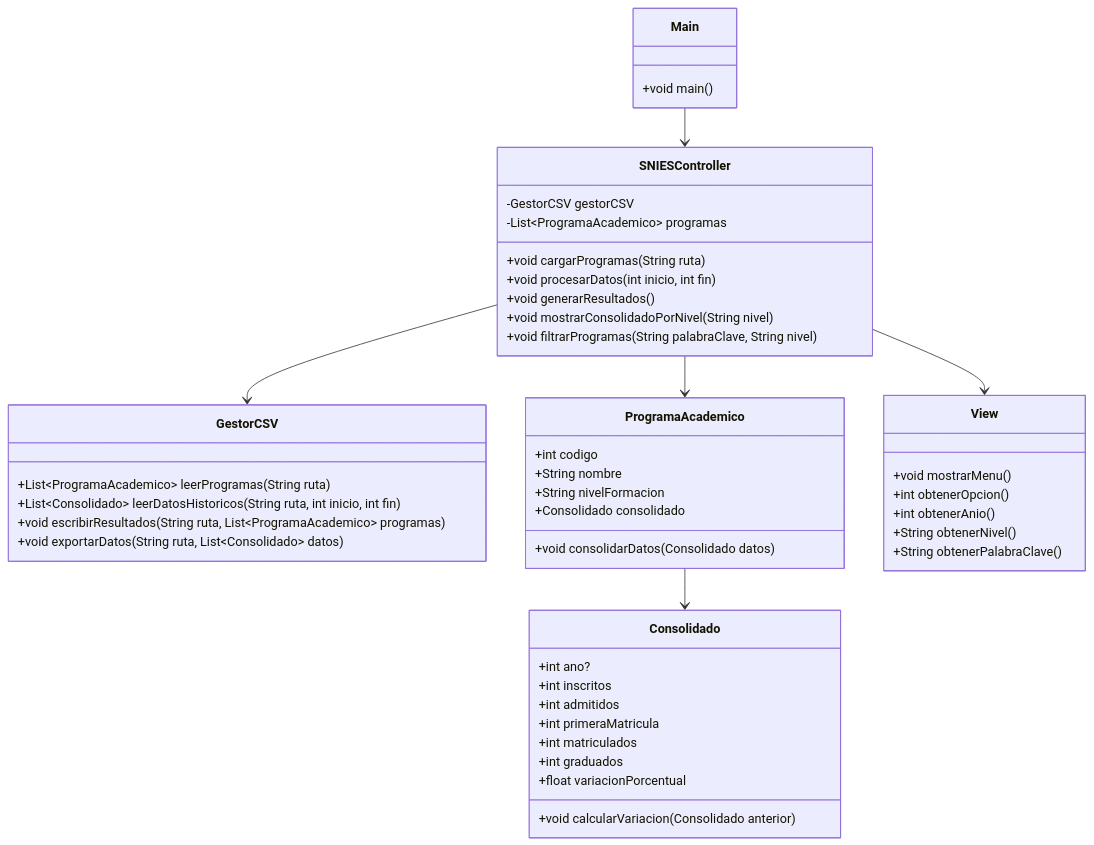
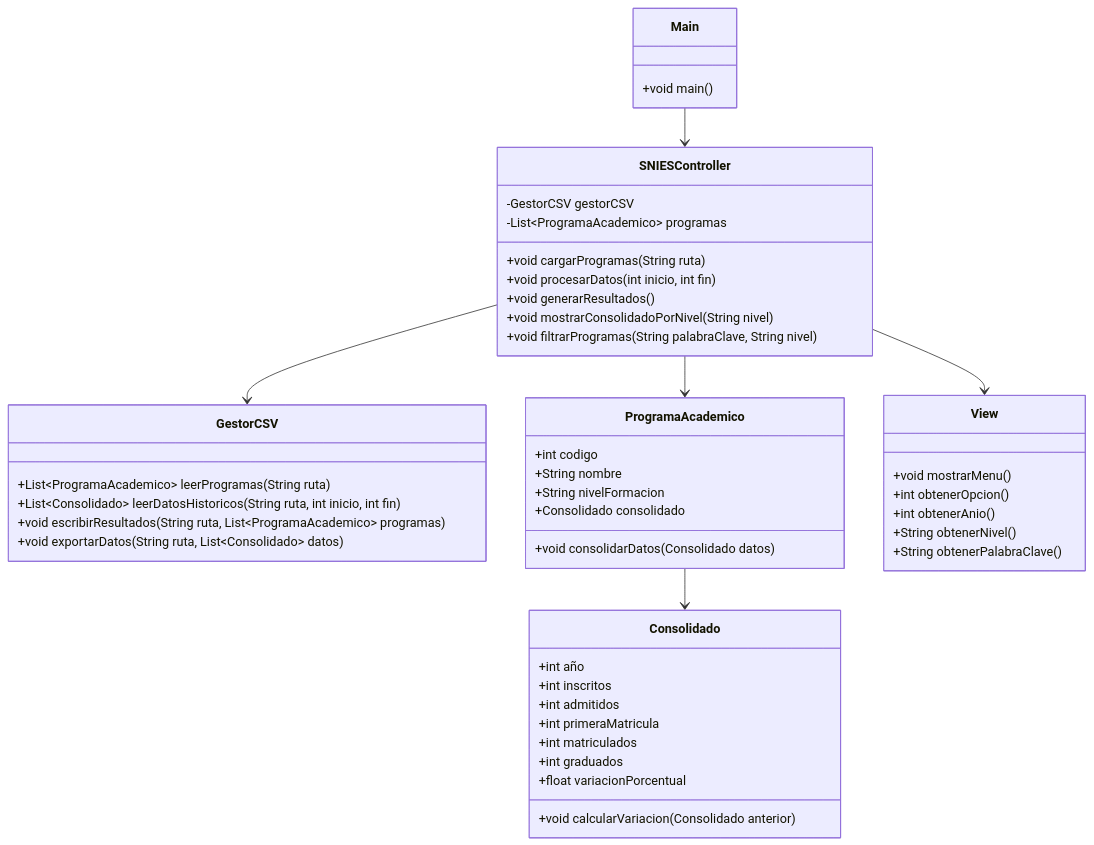
One commit to dacru0605/hola changed the diagram in prueba.mmd. Above: the diagram before and after it, drawn with Mermaid.

```diff
--- a/prueba.mmd
+++ b/prueba.mmd
@@ -1,54 +1,54 @@
 classDiagram
     class Main {
         +void main()
     }
 
     class SNIESController {
         -GestorCSV gestorCSV
         -List~ProgramaAcademico~ programas
         +void cargarProgramas(String ruta)
         +void procesarDatos(int inicio, int fin)
         +void generarResultados()
         +void mostrarConsolidadoPorNivel(String nivel)
         +void filtrarProgramas(String palabraClave, String nivel)
     }
 
     class GestorCSV {
         +List~ProgramaAcademico~ leerProgramas(String ruta)
         +List~Consolidado~ leerDatosHistoricos(String ruta, int inicio, int fin)
         +void escribirResultados(String ruta, List~ProgramaAcademico~ programas)
         +void exportarDatos(String ruta, List~Consolidado~ datos)
     }
 
     class ProgramaAcademico {
         +int codigo
         +String nombre
         +String nivelFormacion
         +Consolidado consolidado
         +void consolidarDatos(Consolidado datos)
     }
 
     class Consolidado {
-        +int ano?
+        +int año
         +int inscritos
         +int admitidos
         +int primeraMatricula
         +int matriculados
         +int graduados
         +float variacionPorcentual
         +void calcularVariacion(Consolidado anterior)
     }
 
     class View {
         +void mostrarMenu()
         +int obtenerOpcion()
         +int obtenerAnio()
         +String obtenerNivel()
         +String obtenerPalabraClave()
     }
 
     Main --> SNIESController
     SNIESController --> GestorCSV
     SNIESController --> ProgramaAcademico
     ProgramaAcademico --> Consolidado
     SNIESController --> View
```
